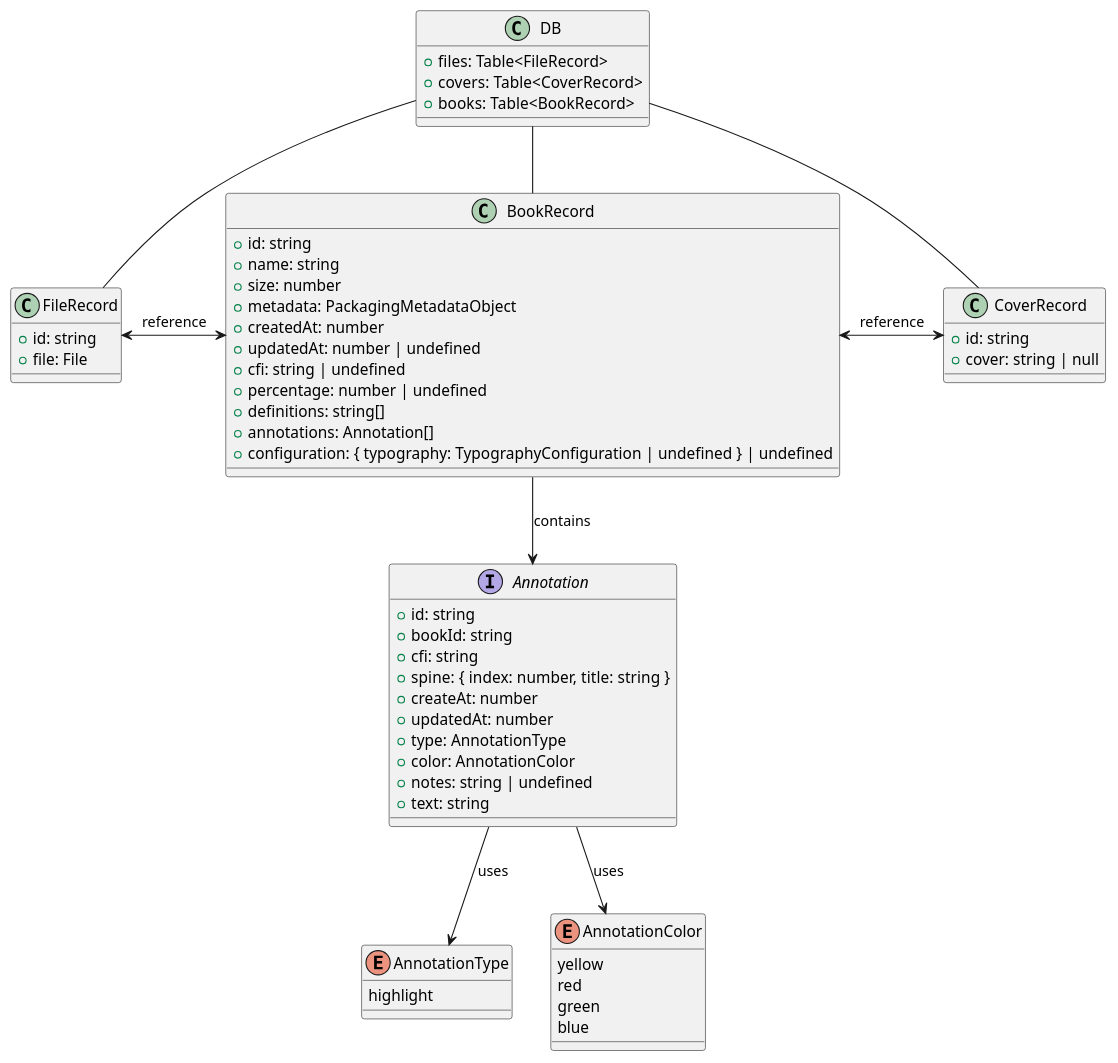
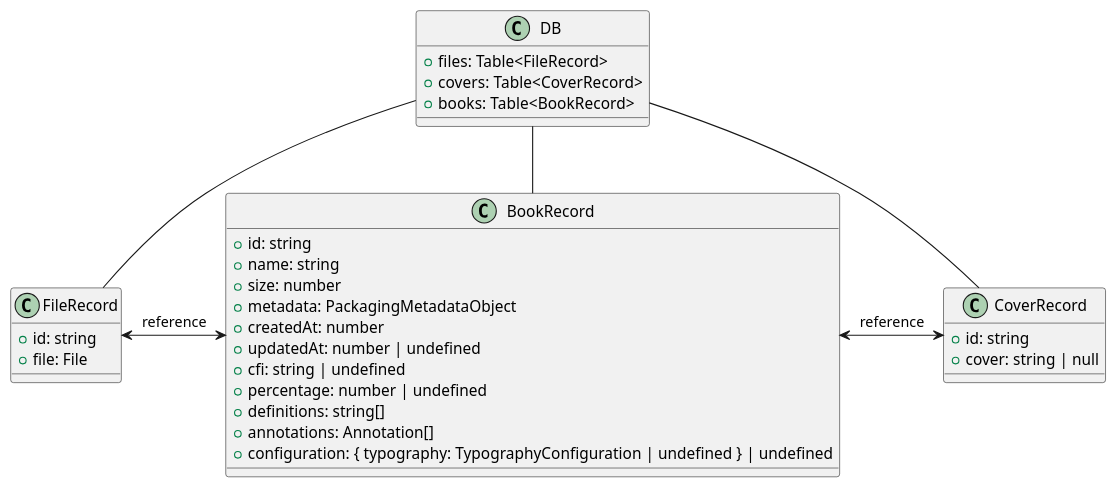
The diagram in deep-dive/data/database.puml (Bookiwi-hub/flow), drawn with PlantUML before and after one commit. The commit also changed 26 other files, not shown here.

```diff
--- a/deep-dive/data/database.puml
+++ b/deep-dive/data/database.puml
@@ -1,81 +1,52 @@
 @startuml
 
 ' 클래스 및 인터페이스 정의
 
 class BookRecord {
   +id: string
   +name: string
   +size: number
   +metadata: PackagingMetadataObject
   +createdAt: number
   +updatedAt: number | undefined
   +cfi: string | undefined
   +percentage: number | undefined
   +definitions: string[]
   +annotations: Annotation[]
   +configuration: { typography: TypographyConfiguration | undefined } | undefined
 }
 
 class FileRecord {
   +id: string
   +file: File
 }
 
 class CoverRecord {
   +id: string
   +cover: string | null
 }
 
 
-interface Annotation {
-  +id: string
-  +bookId: string
-  +cfi: string
-  +spine: { index: number, title: string }
-  +createAt: number
-  +updatedAt: number
-  +type: AnnotationType
-  +color: AnnotationColor
-  +notes: string | undefined
-  +text: string
-}
 
-' AnnotationType과 AnnotationColor는 enum으로 표현
-enum AnnotationType {
-  highlight
-  'underline (주석 처리됨, 향후 구현 예정)'
-}
-
-enum AnnotationColor {
-  yellow
-  red
-  green
-  blue
-}
 
 ' DB 클래스 정의
 class DB {
   +files: Table<FileRecord>
   +covers: Table<CoverRecord>
   +books: Table<BookRecord>
 }
 
 
 
 ' 관계 정의
 DB -- FileRecord 
 DB -- CoverRecord 
 DB -- BookRecord 
 
-' BookRecord와 Annotation 간의 관계
-BookRecord --> Annotation : contains
 
-' Annotation과 AnnotationType, AnnotationColor 간의 관계
-Annotation --> AnnotationType : uses
-Annotation --> AnnotationColor : uses
 
 FileRecord <->BookRecord :reference
 BookRecord <->CoverRecord :reference
 
 
 @enduml
```
